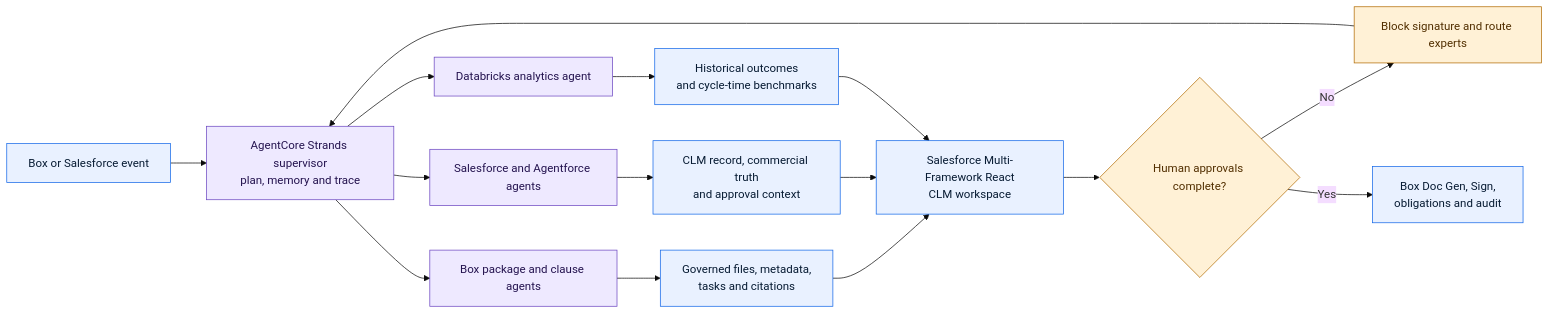
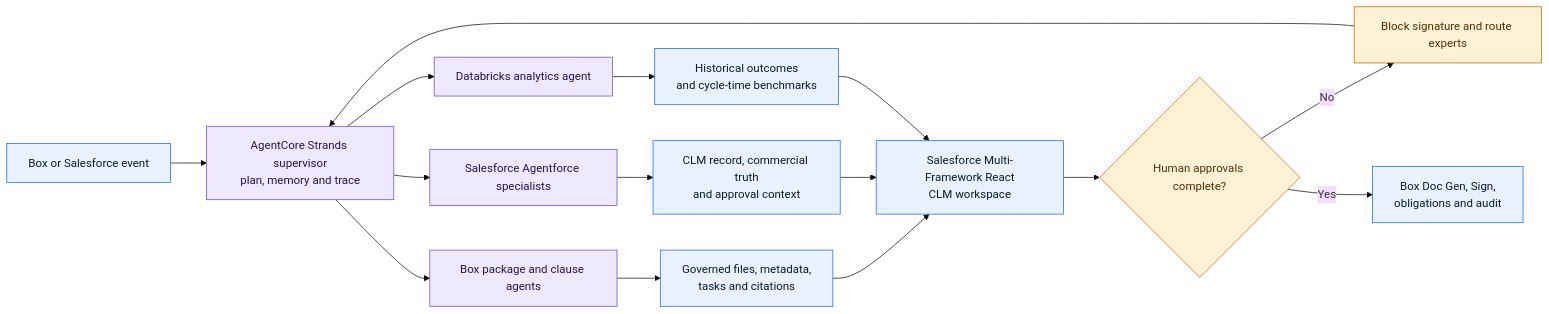
Before and after one commit to unofficialbox/box-bedrock-for-clm: the diagram in docs/diagrams/agentic-orchestration-flow.mmd, drawn with Mermaid (base theme). The commit also changed 156 other files, not shown here.

```diff
--- a/docs/diagrams/agentic-orchestration-flow.mmd
+++ b/docs/diagrams/agentic-orchestration-flow.mmd
@@ -1,22 +1,22 @@
 flowchart LR
     Event["Box or Salesforce event"] --> Supervisor["AgentCore Strands supervisor<br/>plan, memory and trace"]
     Supervisor --> BoxAgent["Box package and clause agents"]
-    Supervisor --> SFAgent["Salesforce and Agentforce agents"]
+    Supervisor --> SFAgent["Salesforce Agentforce specialists"]
     Supervisor --> DBXAgent["Databricks analytics agent"]
     BoxAgent --> Evidence["Governed files, metadata,<br/>tasks and citations"]
     SFAgent --> Record["CLM record, commercial truth<br/>and approval context"]
     DBXAgent --> Benchmarks["Historical outcomes<br/>and cycle-time benchmarks"]
     Evidence --> React["Salesforce Multi-Framework React<br/>CLM workspace"]
     Record --> React
     Benchmarks --> React
     React --> Gate{"Human approvals complete?"}
     Gate -- "No" --> Block["Block signature and route experts"]
     Block --> Supervisor
     Gate -- "Yes" --> Finish["Box Doc Gen, Sign,<br/>obligations and audit"]
 
     classDef agent fill:#eee9ff,stroke:#6b46c1,color:#24134f
     classDef system fill:#e9f1ff,stroke:#1166e8,color:#071b33
     classDef human fill:#fff1d6,stroke:#b16a00,color:#522f00
     class Supervisor,BoxAgent,SFAgent,DBXAgent agent
     class Event,Evidence,Record,Benchmarks,React,Finish system
     class Gate,Block human
```
